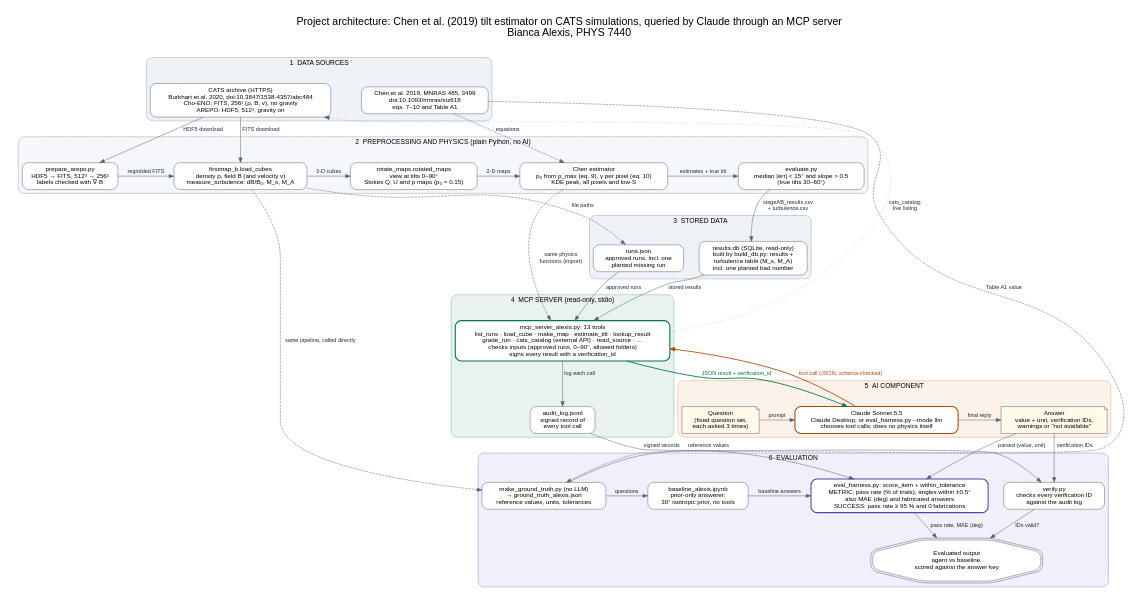
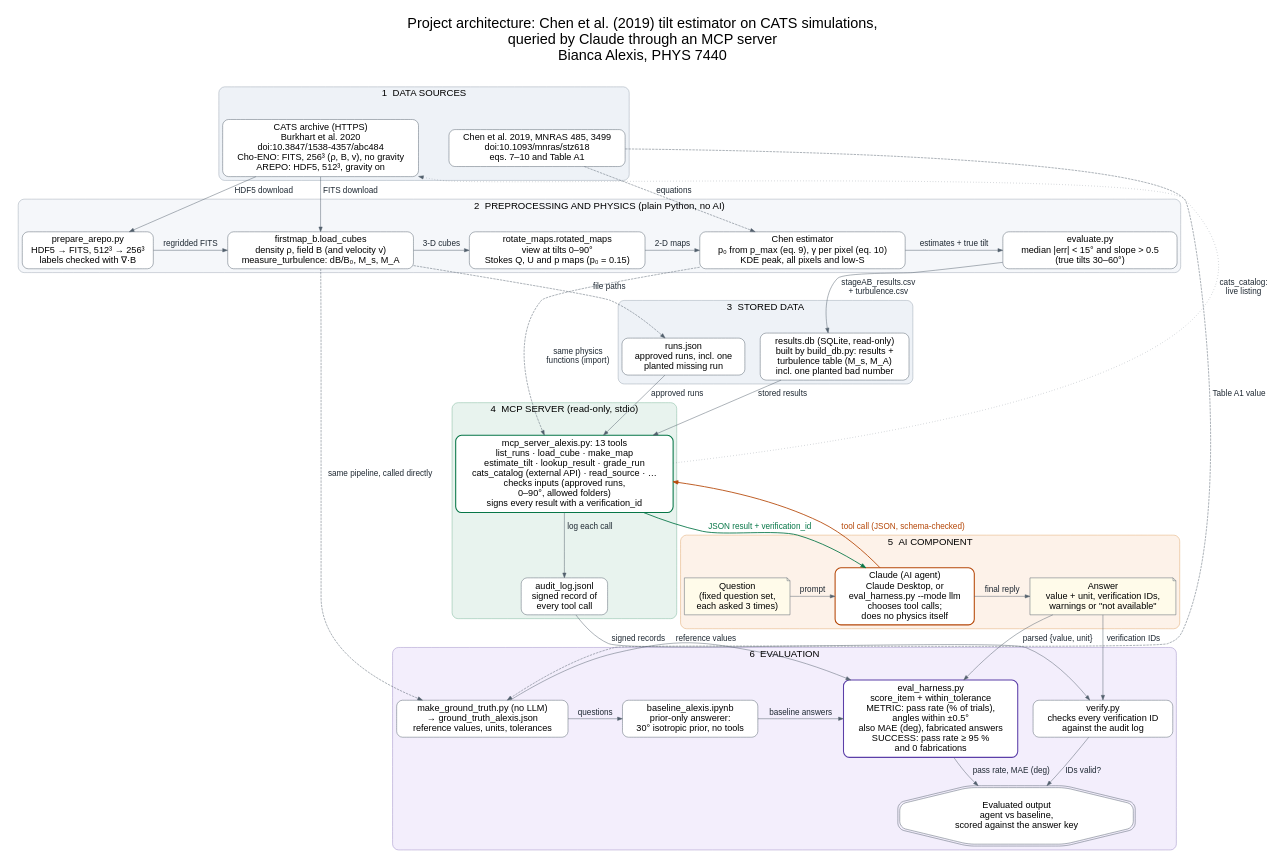
Before and after one commit to bhalex86/ai-physics-alexis: the diagram in hw8/architecture_alexis.dot, drawn with Graphviz. The commit also changed 3 other files, not shown here.

Commit message:
HW8: larger diagram text, angle MAE (deg) as physics metric

```diff
--- a/hw8/architecture_alexis.dot
+++ b/hw8/architecture_alexis.dot
@@ -1,96 +1,96 @@
 digraph architecture {
-  graph [rankdir=TB, fontname="Helvetica", fontsize=22, labelloc=t, nodesep=0.45, ranksep=0.55,
+  graph [rankdir=TB, fontname="Helvetica", fontsize=30, labelloc=t, nodesep=0.45, ranksep=0.55,
          newrank=true, pad=0.3,
-         label="Project architecture: Chen et al. (2019) tilt estimator on CATS simulations, queried by Claude through an MCP server\nBianca Alexis, PHYS 7440\n\n"];
-  node  [shape=box, style="rounded,filled", fontname="Helvetica", fontsize=13, color="#52606d",
+         label="Project architecture: Chen et al. (2019) tilt estimator on CATS simulations,\nqueried by Claude through an MCP server\nBianca Alexis, PHYS 7440\n\n"];
+  node  [shape=box, style="rounded,filled", fontname="Helvetica", fontsize=19, color="#52606d",
          fillcolor="#ffffff", margin="0.18,0.10"];
-  edge  [fontname="Helvetica", fontsize=11.5, color="#52606d", fontcolor="#1f2933"];
+  edge  [fontname="Helvetica", fontsize=17, color="#52606d", fontcolor="#1f2933"];
 
   subgraph cluster_src {
-    label="1  DATA SOURCES"; style="rounded,filled"; fillcolor="#eef2f7"; color="#9aa5b1"; fontsize=14;
-    cats [label="CATS archive (HTTPS)\nBurkhart et al. 2020, doi:10.3847/1538-4357/abc484\nCho-ENO: FITS, 256³ (ρ, B, v), no gravity\nAREPO: HDF5, 512³, gravity on"];
+    label="1  DATA SOURCES"; style="rounded,filled"; fillcolor="#eef2f7"; color="#9aa5b1"; fontsize=20;
+    cats [label="CATS archive (HTTPS)\nBurkhart et al. 2020\ndoi:10.3847/1538-4357/abc484\nCho-ENO: FITS, 256³ (ρ, B, v), no gravity\nAREPO: HDF5, 512³, gravity on"];
     chen [label="Chen et al. 2019, MNRAS 485, 3499\ndoi:10.1093/mnras/stz618\neqs. 7–10 and Table A1"];
   }
 
   subgraph cluster_pre {
-    label="2  PREPROCESSING AND PHYSICS (plain Python, no AI)"; style="rounded,filled"; fillcolor="#f5f7fa"; color="#9aa5b1"; fontsize=14;
+    label="2  PREPROCESSING AND PHYSICS (plain Python, no AI)"; style="rounded,filled"; fillcolor="#f5f7fa"; color="#9aa5b1"; fontsize=20;
     prep  [label="prepare_arepo.py\nHDF5 → FITS, 512³ → 256³\nlabels checked with ∇·B"];
     load  [label="firstmap_b.load_cubes\ndensity ρ, field B (and velocity v)\nmeasure_turbulence: dB/B₀, M_s, M_A"];
     rot   [label="rotate_maps.rotated_maps\nview at tilts 0–90°\nStokes Q, U and p maps (p₀ = 0.15)"];
     est   [label="Chen estimator\np₀ from p_max (eq. 9), γ per pixel (eq. 10)\nKDE peak, all pixels and low-S"];
     grade [label="evaluate.py\nmedian |err| < 15° and slope > 0.5\n(true tilts 30–60°)"];
   }
 
   subgraph cluster_store {
-    label="3  STORED DATA"; style="rounded,filled"; fillcolor="#eef2f7"; color="#9aa5b1"; fontsize=14;
+    label="3  STORED DATA"; style="rounded,filled"; fillcolor="#eef2f7"; color="#9aa5b1"; fontsize=20;
     reg [label="runs.json\napproved runs, incl. one\nplanted missing run"];
     db  [label="results.db (SQLite, read-only)\nbuilt by build_db.py: results +\nturbulence table (M_s, M_A)\nincl. one planted bad number"];
   }
 
   subgraph cluster_mcp {
-    label="4  MCP SERVER (read-only, stdio)"; style="rounded,filled"; fillcolor="#e8f3ee"; color="#7bb59a"; fontsize=14;
-    mcp   [label="mcp_server_alexis.py: 13 tools\nlist_runs · load_cube · make_map · estimate_tilt · lookup_result\ngrade_run · cats_catalog (external API) · read_source · …\nchecks inputs (approved runs, 0–90°, allowed folders)\nsigns every result with a verification_id",
+    label="4  MCP SERVER (read-only, stdio)"; style="rounded,filled"; fillcolor="#e8f3ee"; color="#7bb59a"; fontsize=20;
+    mcp   [label="mcp_server_alexis.py: 13 tools\nlist_runs · load_cube · make_map\nestimate_tilt · lookup_result · grade_run\ncats_catalog (external API) · read_source · …\nchecks inputs (approved runs,\n0–90°, allowed folders)\nsigns every result with a verification_id",
            color="#067647", penwidth=2.2];
     audit [label="audit_log.jsonl\nsigned record of\nevery tool call"];
   }
 
   subgraph cluster_ai {
-    label="5  AI COMPONENT"; style="rounded,filled"; fillcolor="#fdf2e9"; color="#e0a46b"; fontsize=14;
+    label="5  AI COMPONENT"; style="rounded,filled"; fillcolor="#fdf2e9"; color="#e0a46b"; fontsize=20;
     q      [label="Question\n(fixed question set,\neach asked 3 times)", shape=note, fillcolor="#fffbea"];
-    claude [label="Claude Sonnet 5.5\nClaude Desktop, or eval_harness.py --mode llm\nchooses tool calls; does no physics itself",
+    claude [label="Claude (AI agent)\nClaude Desktop, or\neval_harness.py --mode llm\nchooses tool calls;\ndoes no physics itself",
             color="#b54708", penwidth=2.2];
     ans    [label="Answer\nvalue + unit, verification IDs,\nwarnings or \"not available\"", shape=note, fillcolor="#fffbea"];
   }
 
   subgraph cluster_eval {
-    label="6  EVALUATION"; style="rounded,filled"; fillcolor="#f3eefc"; color="#9b8ac4"; fontsize=14;
+    label="6  EVALUATION"; style="rounded,filled"; fillcolor="#f3eefc"; color="#9b8ac4"; fontsize=20;
     key  [label="make_ground_truth.py (no LLM)\n→ ground_truth_alexis.json\nreference values, units, tolerances"];
     base [label="baseline_alexis.ipynb\nprior-only answerer:\n30° isotropic prior, no tools"];
-    harn [label="eval_harness.py: score_item + within_tolerance\nMETRIC: pass rate (% of trials), angles within ±0.5°\nalso MAE (deg) and fabricated answers\nSUCCESS: pass rate ≥ 95 % and 0 fabrications",
+    harn [label="eval_harness.py\nscore_item + within_tolerance\nMETRIC: pass rate (% of trials),\nangles within ±0.5°\nalso MAE (deg), fabricated answers\nSUCCESS: pass rate ≥ 95 %\nand 0 fabrications",
           color="#5b3fa8", penwidth=2.2];
     ver  [label="verify.py\nchecks every verification ID\nagainst the audit log"];
     res  [label="Evaluated output\nagent vs baseline,\nscored against the answer key", shape=doubleoctagon];
   }
 
   {rank=same; cats -> chen [style=invis];}
   {rank=same; prep -> load -> rot -> est -> grade [style=invis, weight=20];}
   {rank=same; reg; db;}
   {rank=same; q; claude; ans;}
   {rank=same; key; base; harn; ver;}
 
   // data flow, non-AI pipeline
   cats -> prep  [label="HDF5 download"];
   cats -> load  [label="FITS download"];
   prep -> load  [label="regridded FITS"];
   load -> rot   [label="3-D cubes"];
   rot  -> est   [label="2-D maps"];
   chen -> est   [label="equations", style=dashed];
   est  -> grade [label="estimates + true tilt"];
   grade -> db   [label="stageAB_results.csv\n+ turbulence.csv"];
   load -> reg   [label="file paths", style=dashed];
 
   // MCP server reads
   reg -> mcp  [label="approved runs"];
   db  -> mcp  [label="stored results"];
   est -> mcp  [label="same physics\nfunctions (import)", style=dashed];
   mcp -> cats [label="cats_catalog:\nlive listing", style=dotted, constraint=false];
   mcp -> audit [label="log each call"];
 
   // AI loop
   q      -> claude [label="prompt"];
   claude -> mcp    [label="tool call (JSON, schema-checked)", color="#b54708", fontcolor="#b54708", penwidth=1.8];
   mcp    -> claude [label="JSON result + verification_id", color="#067647", fontcolor="#067647", penwidth=1.8];
   claude -> ans    [label="final reply"];
 
   // evaluation
   load  -> key  [label="same pipeline, called directly", style=dashed];
   chen  -> key  [label="Table A1 value", style=dashed, constraint=false];
   key   -> harn [label="reference values"];
   key   -> base [label="questions"];
   base  -> harn [label="baseline answers"];
   ans   -> harn [label="parsed {value, unit}"];
   ans   -> ver  [label="verification IDs"];
   audit -> ver  [label="signed records", constraint=false];
   harn  -> res  [label="pass rate, MAE (deg)"];
   ver   -> res  [label="IDs valid?"];
 }
```
